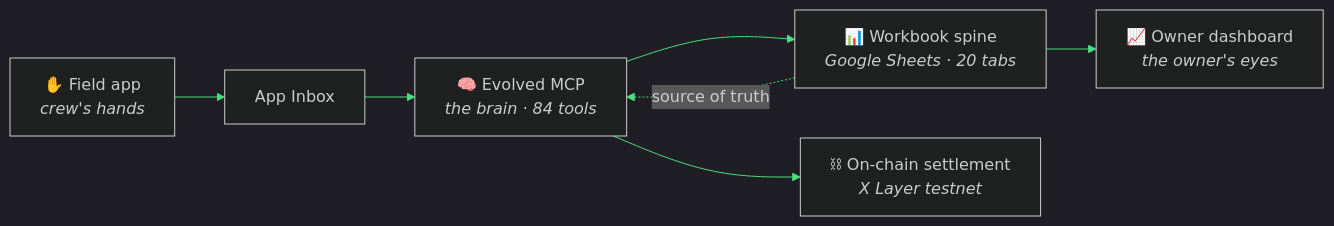
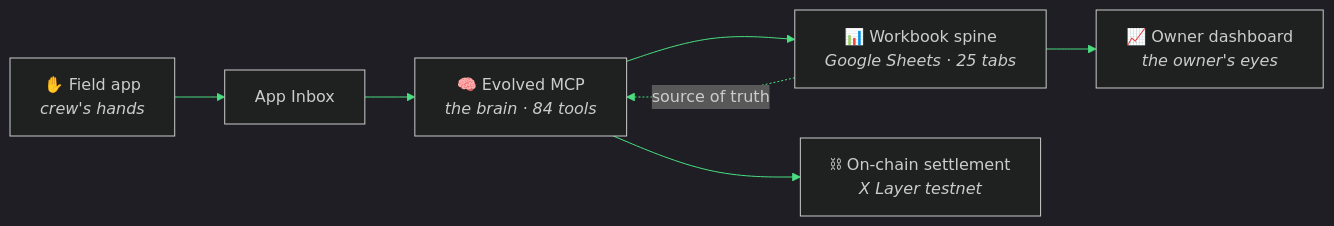
The first of 2 diagrams in README.md (kr8tiv-ai/evolved), drawn with Mermaid before and after one commit. The commit also changed other lines of this file and 2 other files, not shown here.

````diff
--- a/README.md
+++ b/README.md
@@ -106,10 +106,10 @@
 ```mermaid
 %%{init: {"theme": "dark", "themeVariables": {"primaryColor": "#101010", "primaryBorderColor": "#4ade80", "primaryTextColor": "#f3f4f6", "lineColor": "#4ade80", "fontFamily": "Segoe UI"}}}%%
 flowchart LR
     FA["✋ Field app<br><i>crew's hands</i>"] --> INBOX["App Inbox"]
     INBOX --> MCP["🧠 Evolved MCP<br><i>the brain · 84 tools</i>"]
-    MCP --> WB["📊 Workbook spine<br><i>Google Sheets · 20 tabs</i>"]
+    MCP --> WB["📊 Workbook spine<br><i>Google Sheets · 25 tabs</i>"]
     MCP --> CHAIN["⛓ On-chain settlement<br><i>X Layer testnet</i>"]
     WB -.->|source of truth| MCP
     WB --> DASH["📈 Owner dashboard<br><i>the owner's eyes</i>"]
 ```
````
